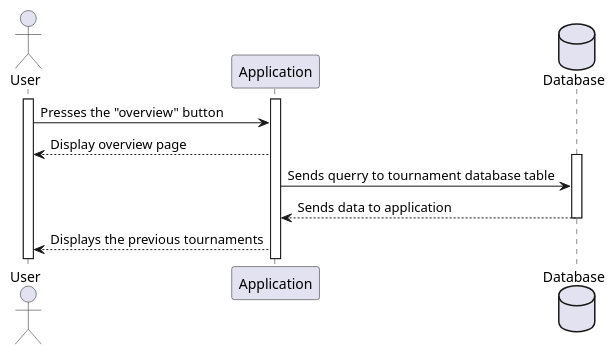
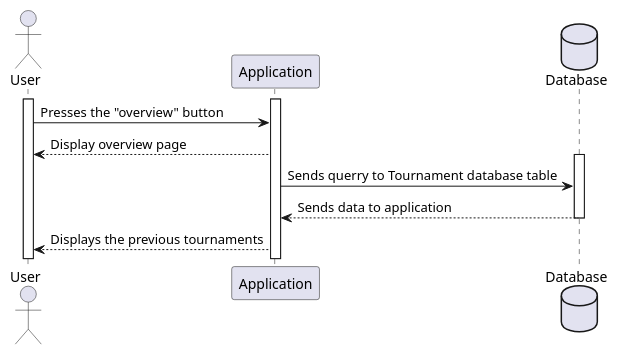
Before and after one commit to itzMesh/DCST1008-Prosjekt: the diagram in ProjektUML/SequencediagramUserAppData/sequence_diagram_overview.wsd, drawn with PlantUML. The commit also changed 1 other file, not shown here.

```diff
--- a/ProjektUML/SequencediagramUserAppData/sequence_diagram_overview.wsd
+++ b/ProjektUML/SequencediagramUserAppData/sequence_diagram_overview.wsd
@@ -1,18 +1,18 @@
 @startuml SequenceOpen 
 
 actor User as U
 participant Application as A
 database Database as D
 
 activate U
 activate A
 
 U->A: Presses the "overview" button
 A-->U:Display overview page
 activate D
-A->D: Sends querry to tournament database table
+A->D: Sends querry to Tournament database table
 D-->A: Sends data to application
 deactivate D
 A-->U: Displays the previous tournaments
 
 @endumel
```
